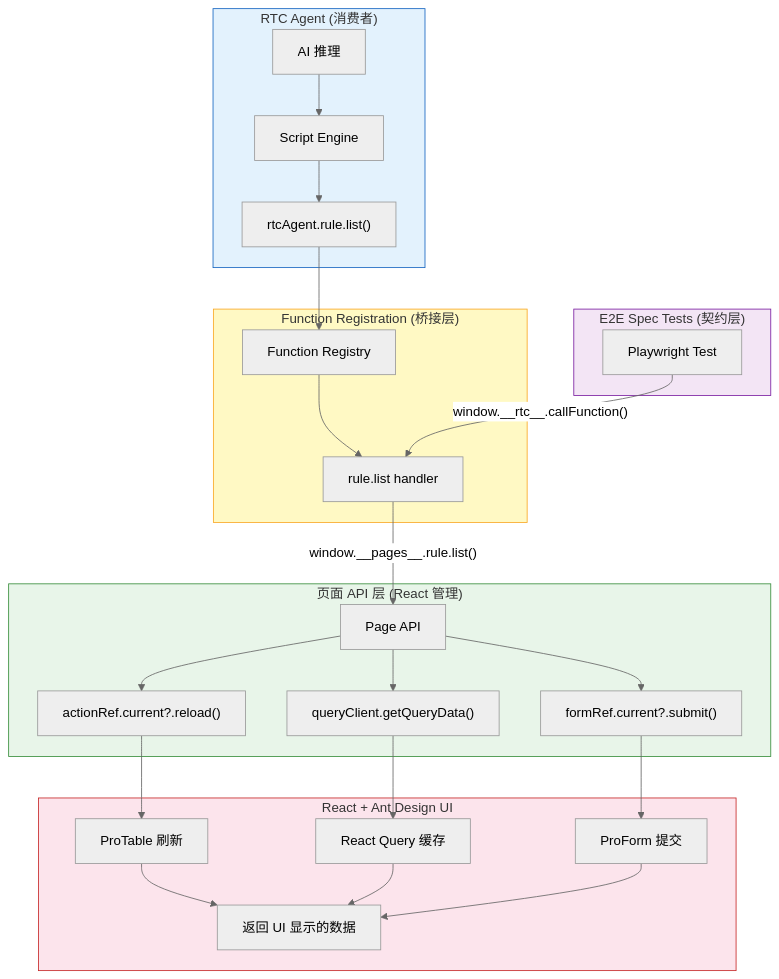
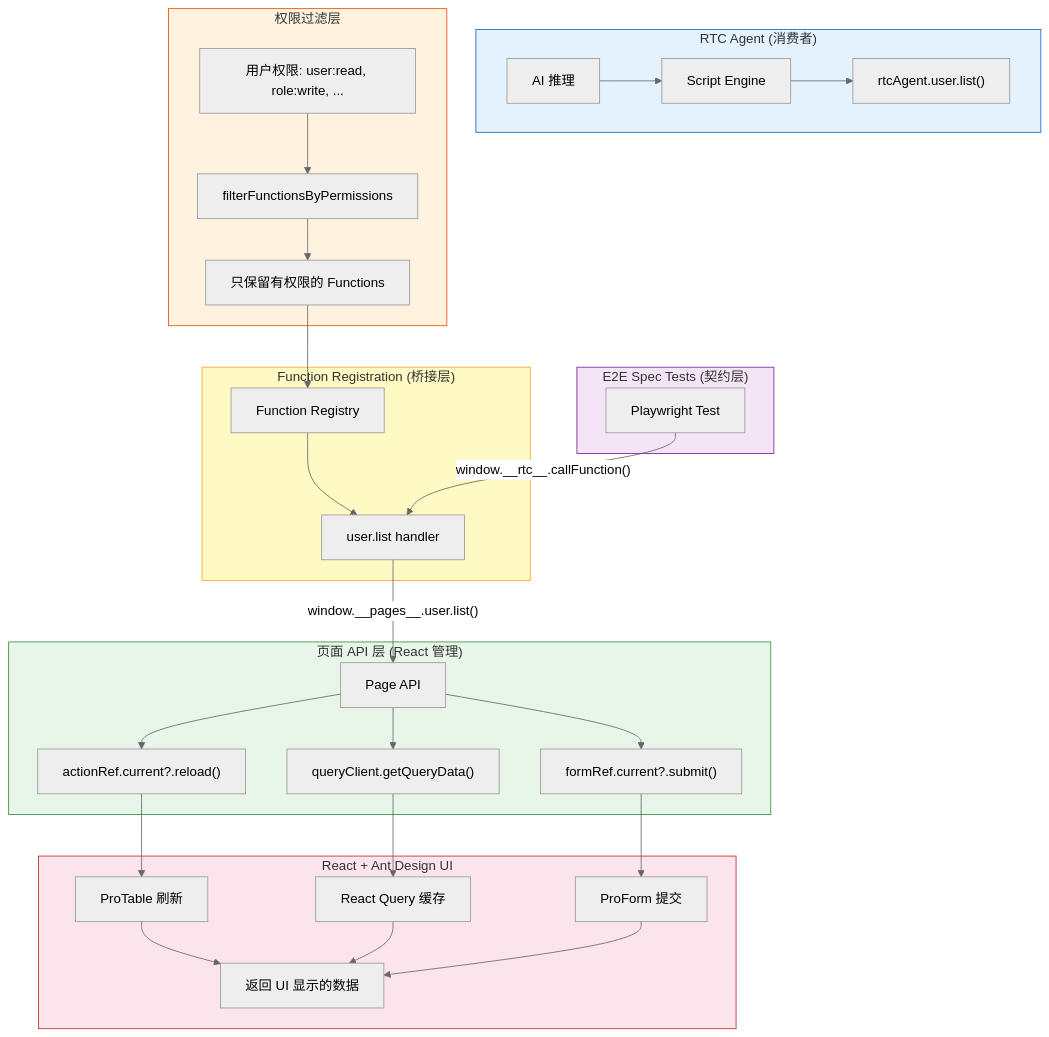
Before and after one commit to rtc-agent/web-components: the second of 5 diagrams in packages/admin-ui/docs/function-registration-architecture.md, drawn with Mermaid (neutral theme). The commit also changed other lines of this file and 60 other files, not shown here.

````diff
--- a/packages/admin-ui/docs/function-registration-architecture.md
+++ b/packages/admin-ui/docs/function-registration-architecture.md
@@ -49,38 +69,44 @@
 ```mermaid
 flowchart TB
     subgraph RTC["RTC Agent (消费者)"]
         A[AI 推理] --> B[Script Engine]
-        B --> C["rtcAgent.rule.list()"]
+        B --> C["rtcAgent.user.list()"]
+    end
+
+    subgraph PERM["权限过滤层"]
+        P1["用户权限: user:read, role:write, ..."] --> P2[filterFunctionsByPermissions]
+        P2 --> P3[只保留有权限的 Functions]
     end
 
     subgraph FR["Function Registration (桥接层)"]
-        C --> D["Function Registry"]
-        D --> E["rule.list handler"]
+        P3 --> D["Function Registry"]
+        D --> E["user.list handler"]
     end
 
     subgraph E2E["E2E Spec Tests (契约层)"]
         F["Playwright Test"] -->|"window.__rtc__.callFunction()"| E
     end
 
     subgraph PAGE["页面 API 层 (React 管理)"]
-        E -->|"window.__pages__.rule.list()"| G["Page API"]
+        E -->|"window.__pages__.user.list()"| G["Page API"]
         G --> H["actionRef.current?.reload()"]
         G --> I["queryClient.getQueryData()"]
         G --> J["formRef.current?.submit()"]
     end
 
     subgraph UI["React + Ant Design UI"]
         H --> K["ProTable 刷新"]
         I --> L["React Query 缓存"]
         J --> M["ProForm 提交"]
         K --> N["返回 UI 显示的数据"]
         L --> N
         M --> N
     end
 
     style RTC fill:#e3f2fd,stroke:#1565c0
+    style PERM fill:#fff3e0,stroke:#e65100
     style FR fill:#fff9c4,stroke:#f9a825
     style E2E fill:#f3e5f5,stroke:#7b1fa2
     style PAGE fill:#e8f5e9,stroke:#388e3c
     style UI fill:#fce4ec,stroke:#c62828
 ```
````
